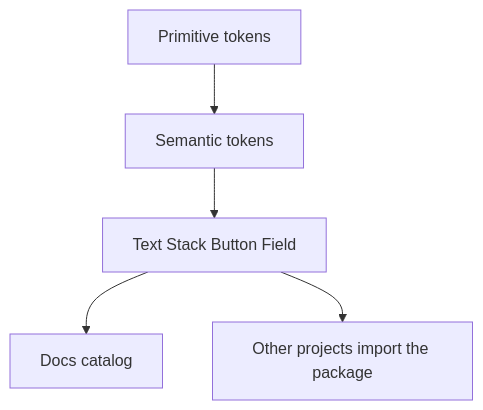
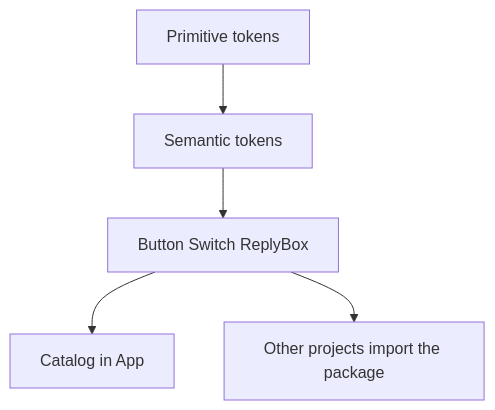
Before and after one commit to rtao7/ray-design-system: the diagram in README.md, drawn with Mermaid. The commit also changed other lines of this file and 6 other files, not shown here.

````diff
--- a/README.md
+++ b/README.md
@@ -18,12 +19,12 @@
 ```mermaid
 flowchart TD
   primitive[Primitive tokens]
   semantic[Semantic tokens]
-  components[Text Stack Button Field]
-  catalog[Docs catalog]
+  components[Button Switch ReplyBox]
+  catalog[Catalog in App]
   later[Other projects import the package]
   primitive --> semantic
   semantic --> components
   components --> catalog
   components --> later
 ```
````
